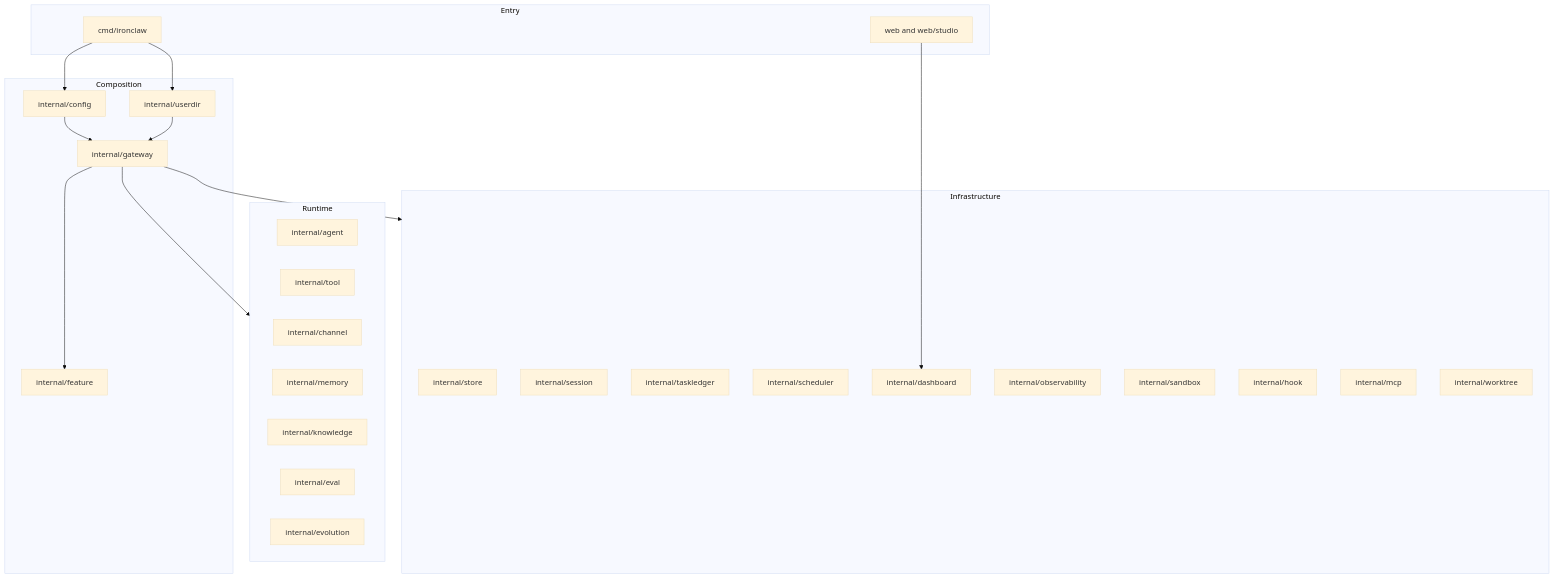
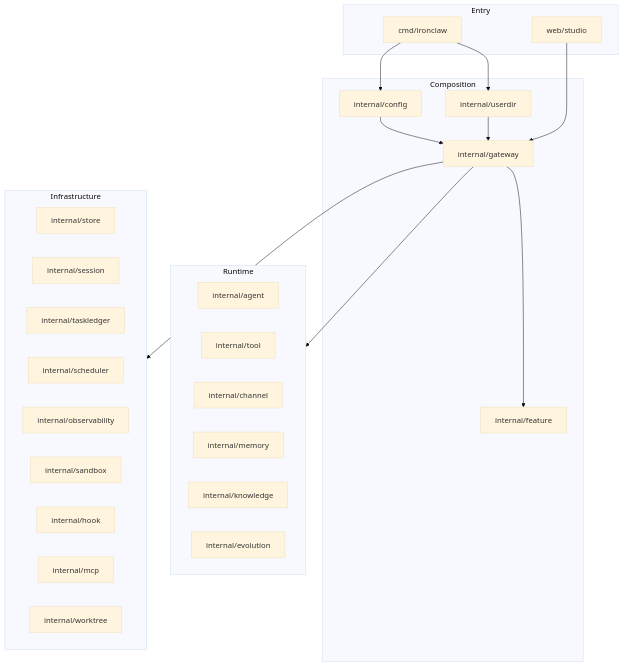
Before and after one commit to Forest-Isle/daimon: the second of 3 diagrams in docs/01-system-architecture.md, drawn with Mermaid (base theme). The commit also changed other lines of this file and 61 other files, not shown here.

````diff
--- a/docs/01-system-architecture.md
+++ b/docs/01-system-architecture.md
@@ -35,44 +35,42 @@
 ```mermaid
 flowchart TB
     subgraph Entry
         CMD[cmd/ironclaw]
-        Web[web and web/studio]
+        Web[web/studio]
     end
 
     subgraph Composition
         Gateway[internal/gateway]
         Feature[internal/feature]
         Config[internal/config]
         UserDir[internal/userdir]
     end
 
     subgraph Runtime
         Agent[internal/agent]
         Tool[internal/tool]
         Channel[internal/channel]
         Memory[internal/memory]
         Knowledge[internal/knowledge]
-        Eval[internal/eval]
         Evolution[internal/evolution]
     end
 
     subgraph Infrastructure
         Store[internal/store]
         Session[internal/session]
         TaskLedger[internal/taskledger]
         Scheduler[internal/scheduler]
-        Dashboard[internal/dashboard]
         Observability[internal/observability]
         Sandbox[internal/sandbox]
         Hook[internal/hook]
         MCP[internal/mcp]
         Worktree[internal/worktree]
     end
 
     CMD --> Config --> Gateway
     CMD --> UserDir --> Gateway
     Gateway --> Feature
     Gateway --> Runtime
     Gateway --> Infrastructure
-    Web --> Dashboard
+    Web --> Gateway
 ```
````
